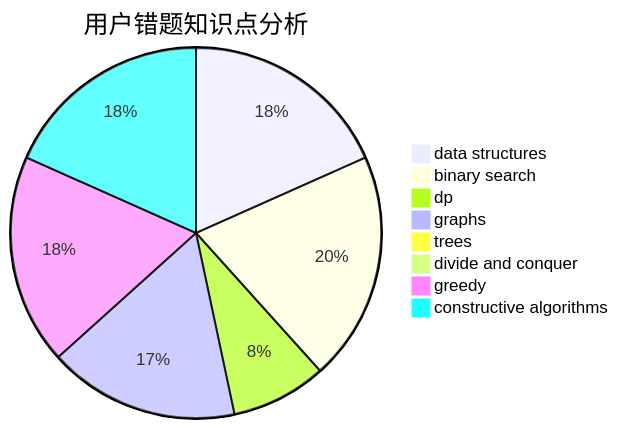
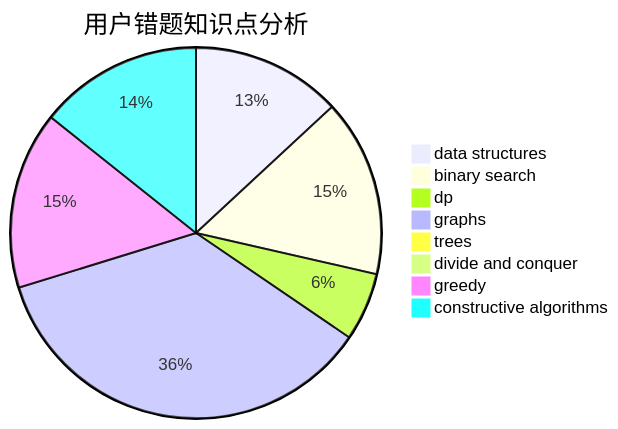
One commit to sherpahu/cfrs.github.io changed the third of 3 diagrams in docs/user/u1459.md. Above: the diagram before and after it, drawn with Mermaid. The commit also changed other lines of this file and 2770 other files, not shown here.

````diff
--- a/docs/user/u1459.md
+++ b/docs/user/u1459.md
@@ -36,11 +36,11 @@
 ```mermaid
 pie title 用户错题知识点分析
     "data structures" :  11
-    "binary search" :  12
+    "binary search" :  13
     "dp" :  5
-    "graphs" :  10
+    "graphs" :  30
     "trees" :  0
     "divide and conquer" :  0
-    "greedy" :  11
-    "constructive algorithms" :  11
+    "greedy" :  13
+    "constructive algorithms" :  12
 ```
````
